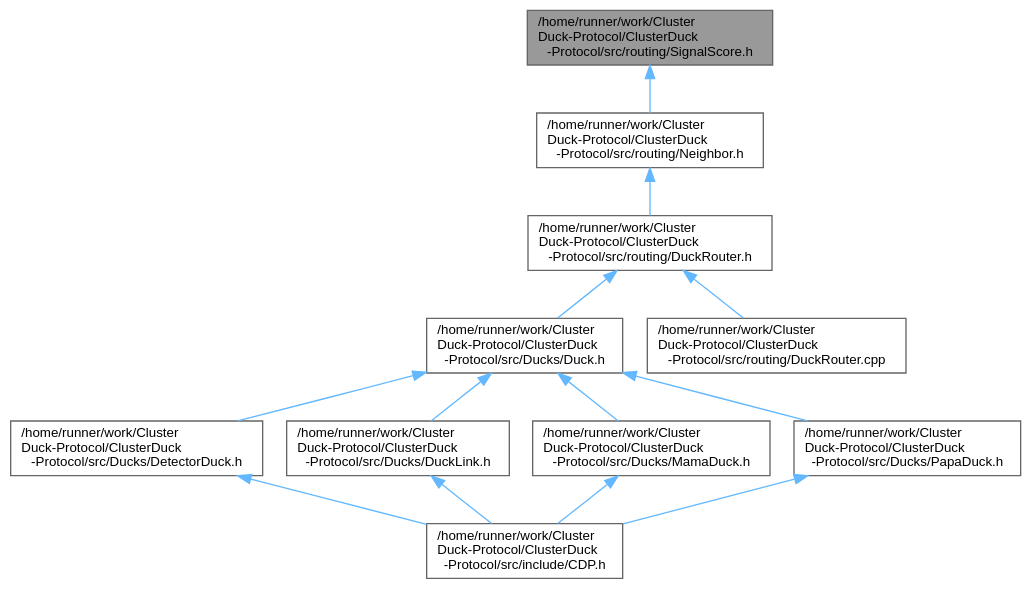
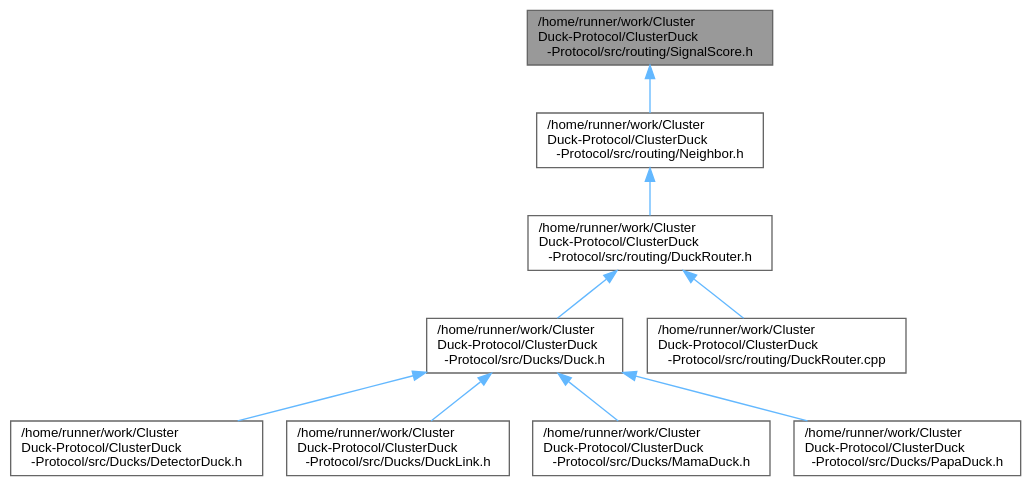
Before and after one commit to ClusterDuck-Protocol/ClusterDuck-Protocol: the diagram in _signal_score_8h__dep__incl.dot, drawn with Graphviz. The commit also changed 49 other files, not shown here.

```diff
--- a/_signal_score_8h__dep__incl.dot
+++ b/_signal_score_8h__dep__incl.dot
@@ -1,29 +1,24 @@
 digraph "/home/runner/work/ClusterDuck-Protocol/ClusterDuck-Protocol/src/routing/SignalScore.h"
 {
  // LATEX_PDF_SIZE
   bgcolor="transparent";
   edge [fontname=Helvetica,fontsize=10,labelfontname=Helvetica,labelfontsize=10];
   node [fontname=Helvetica,fontsize=10,shape=box,height=0.2,width=0.4];
   Node1 [id="Node000001",label="/home/runner/work/Cluster\lDuck-Protocol/ClusterDuck\l-Protocol/src/routing/SignalScore.h",height=0.2,width=0.4,color="gray40", fillcolor="grey60", style="filled", fontcolor="black",tooltip="Contains the SignalScore structure for signal quality evaluation."];
   Node1 -> Node2 [id="edge1_Node000001_Node000002",dir="back",color="steelblue1",style="solid",tooltip=" "];
   Node2 [id="Node000002",label="/home/runner/work/Cluster\lDuck-Protocol/ClusterDuck\l-Protocol/src/routing/Neighbor.h",height=0.2,width=0.4,color="grey40", fillcolor="white", style="filled",URL="$_neighbor_8h.html",tooltip="This file is internal to CDP and sorts nearest neighbors on a route path."];
   Node2 -> Node3 [id="edge2_Node000002_Node000003",dir="back",color="steelblue1",style="solid",tooltip=" "];
   Node3 [id="Node000003",label="/home/runner/work/Cluster\lDuck-Protocol/ClusterDuck\l-Protocol/src/routing/DuckRouter.h",height=0.2,width=0.4,color="grey40", fillcolor="white", style="filled",URL="$_duck_router_8h.html",tooltip=" "];
   Node3 -> Node4 [id="edge3_Node000003_Node000004",dir="back",color="steelblue1",style="solid",tooltip=" "];
   Node4 [id="Node000004",label="/home/runner/work/Cluster\lDuck-Protocol/ClusterDuck\l-Protocol/src/Ducks/Duck.h",height=0.2,width=0.4,color="grey40", fillcolor="white", style="filled",URL="$_duck_8h.html",tooltip=" "];
   Node4 -> Node5 [id="edge4_Node000004_Node000005",dir="back",color="steelblue1",style="solid",tooltip=" "];
   Node5 [id="Node000005",label="/home/runner/work/Cluster\lDuck-Protocol/ClusterDuck\l-Protocol/src/Ducks/DetectorDuck.h",height=0.2,width=0.4,color="grey40", fillcolor="white", style="filled",URL="$_detector_duck_8h.html",tooltip=" "];
-  Node5 -> Node6 [id="edge5_Node000005_Node000006",dir="back",color="steelblue1",style="solid",tooltip=" "];
-  Node6 [id="Node000006",label="/home/runner/work/Cluster\lDuck-Protocol/ClusterDuck\l-Protocol/src/include/CDP.h",height=0.2,width=0.4,color="grey40", fillcolor="white", style="filled",URL="$_c_d_p_8h.html",tooltip="CDP public header."];
+  Node4 -> Node6 [id="edge5_Node000004_Node000006",dir="back",color="steelblue1",style="solid",tooltip=" "];
+  Node6 [id="Node000006",label="/home/runner/work/Cluster\lDuck-Protocol/ClusterDuck\l-Protocol/src/Ducks/DuckLink.h",height=0.2,width=0.4,color="grey40", fillcolor="white", style="filled",URL="$_duck_link_8h.html",tooltip=" "];
   Node4 -> Node7 [id="edge6_Node000004_Node000007",dir="back",color="steelblue1",style="solid",tooltip=" "];
-  Node7 [id="Node000007",label="/home/runner/work/Cluster\lDuck-Protocol/ClusterDuck\l-Protocol/src/Ducks/DuckLink.h",height=0.2,width=0.4,color="grey40", fillcolor="white", style="filled",URL="$_duck_link_8h.html",tooltip=" "];
-  Node7 -> Node6 [id="edge7_Node000007_Node000006",dir="back",color="steelblue1",style="solid",tooltip=" "];
-  Node4 -> Node8 [id="edge8_Node000004_Node000008",dir="back",color="steelblue1",style="solid",tooltip=" "];
-  Node8 [id="Node000008",label="/home/runner/work/Cluster\lDuck-Protocol/ClusterDuck\l-Protocol/src/Ducks/MamaDuck.h",height=0.2,width=0.4,color="grey40", fillcolor="white", style="filled",URL="$_mama_duck_8h.html",tooltip=" "];
-  Node8 -> Node6 [id="edge9_Node000008_Node000006",dir="back",color="steelblue1",style="solid",tooltip=" "];
-  Node4 -> Node9 [id="edge10_Node000004_Node000009",dir="back",color="steelblue1",style="solid",tooltip=" "];
-  Node9 [id="Node000009",label="/home/runner/work/Cluster\lDuck-Protocol/ClusterDuck\l-Protocol/src/Ducks/PapaDuck.h",height=0.2,width=0.4,color="grey40", fillcolor="white", style="filled",URL="$_papa_duck_8h.html",tooltip=" "];
-  Node9 -> Node6 [id="edge11_Node000009_Node000006",dir="back",color="steelblue1",style="solid",tooltip=" "];
-  Node3 -> Node10 [id="edge12_Node000003_Node000010",dir="back",color="steelblue1",style="solid",tooltip=" "];
-  Node10 [id="Node000010",label="/home/runner/work/Cluster\lDuck-Protocol/ClusterDuck\l-Protocol/src/routing/DuckRouter.cpp",height=0.2,width=0.4,color="grey40", fillcolor="white", style="filled",URL="$_duck_router_8cpp.html",tooltip=" "];
+  Node7 [id="Node000007",label="/home/runner/work/Cluster\lDuck-Protocol/ClusterDuck\l-Protocol/src/Ducks/MamaDuck.h",height=0.2,width=0.4,color="grey40", fillcolor="white", style="filled",URL="$_mama_duck_8h.html",tooltip=" "];
+  Node4 -> Node8 [id="edge7_Node000004_Node000008",dir="back",color="steelblue1",style="solid",tooltip=" "];
+  Node8 [id="Node000008",label="/home/runner/work/Cluster\lDuck-Protocol/ClusterDuck\l-Protocol/src/Ducks/PapaDuck.h",height=0.2,width=0.4,color="grey40", fillcolor="white", style="filled",URL="$_papa_duck_8h.html",tooltip=" "];
+  Node3 -> Node9 [id="edge8_Node000003_Node000009",dir="back",color="steelblue1",style="solid",tooltip=" "];
+  Node9 [id="Node000009",label="/home/runner/work/Cluster\lDuck-Protocol/ClusterDuck\l-Protocol/src/routing/DuckRouter.cpp",height=0.2,width=0.4,color="grey40", fillcolor="white", style="filled",URL="$_duck_router_8cpp.html",tooltip=" "];
 }
```
